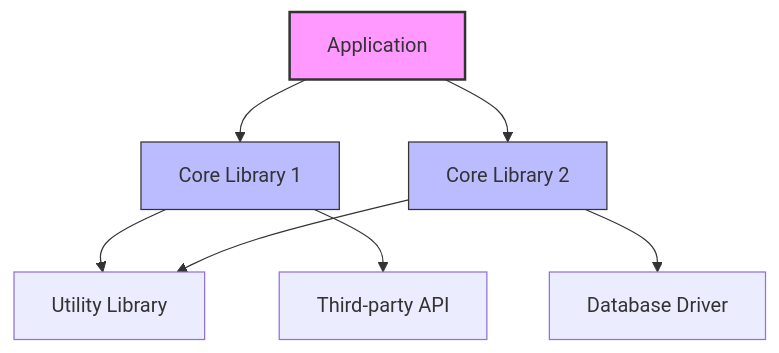
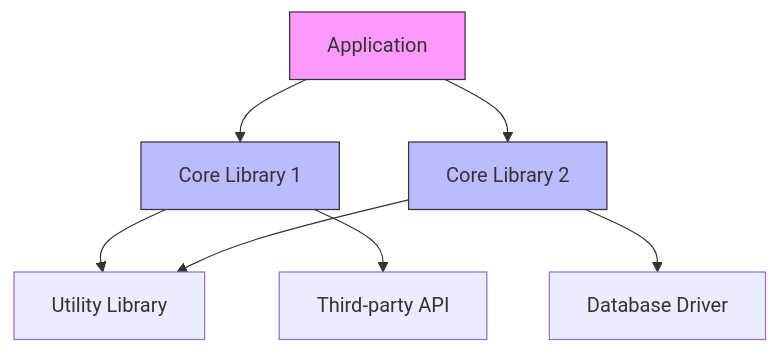
One commit to mjczz/czz-project-analyzer changed the second of 16 diagrams in TEMPLATE.md. Above: the diagram before and after it, drawn with Mermaid. The commit also changed other lines of this file and 3 other files, not shown here.

````diff
--- a/TEMPLATE.md
+++ b/TEMPLATE.md
@@ -57,13 +57,13 @@
 ```mermaid
 graph TD
-    A[Application] --> B[Core Library 1]
-    A --> C[Core Library 2]
-    B --> D[Utility Library]
+    A["Application"] --> B["Core Library 1"]
+    A --> C["Core Library 2"]
+    B --> D["Utility Library"]
     C --> D
-    B --> E[Third-party API]
-    C --> F[Database Driver]
+    B --> E["Third-party API"]
+    C --> F["Database Driver"]
 
-    style A fill:#f9f,stroke:#333,stroke-width:2px
-    style B fill:#bbf,stroke:#333,stroke-width:1px
-    style C fill:#bbf,stroke:#333,stroke-width:1px
+    style A fill:#f9f,stroke:#333
+    style B fill:#bbf,stroke:#333
+    style C fill:#bbf,stroke:#333
 ```
````
